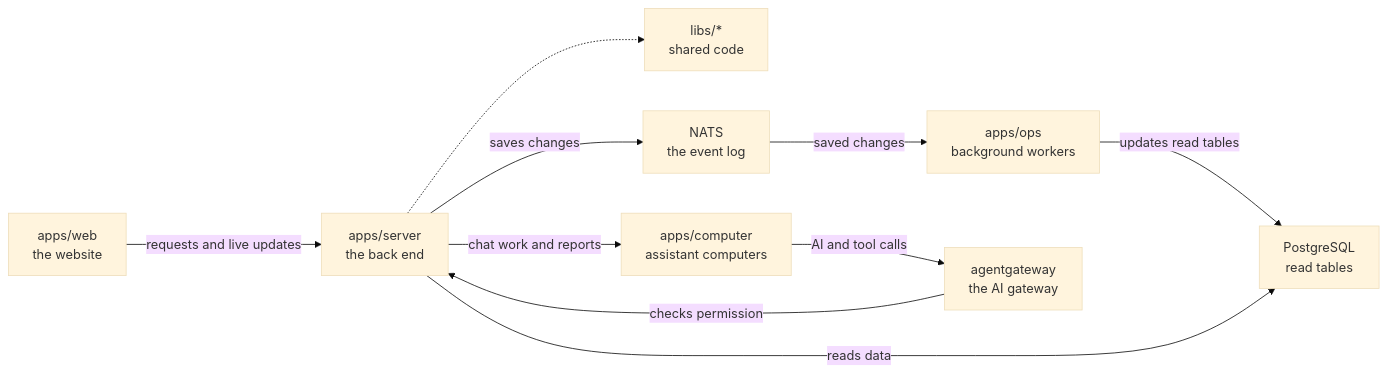
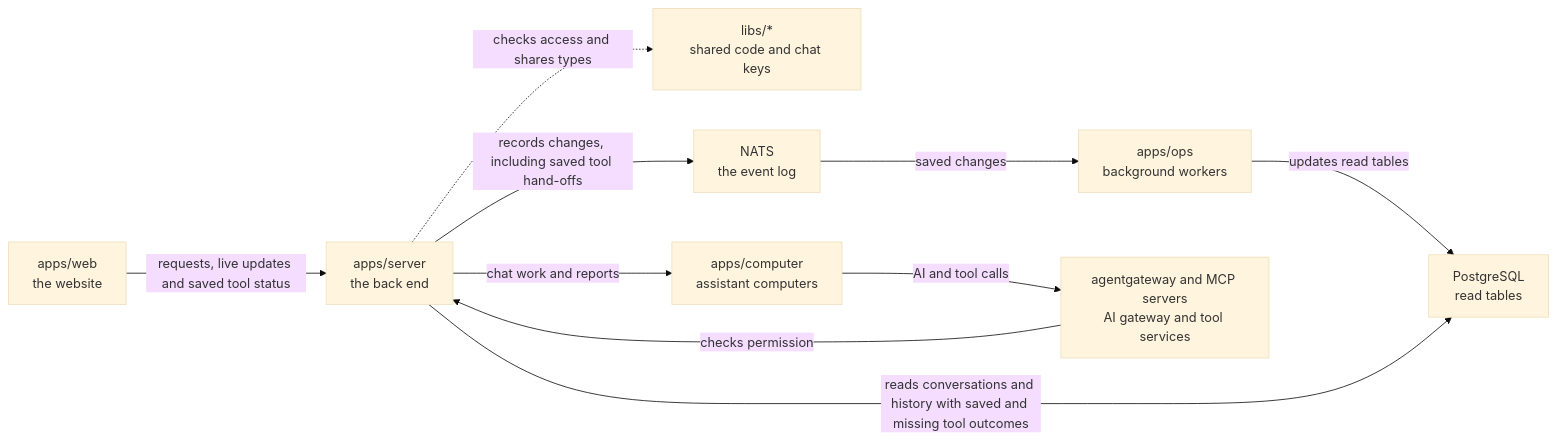
One commit to elewa-git/opencrane-new changed the diagram in apps/server/README.md. Above: the diagram before and after it, drawn with Mermaid (base theme). The commit also changed other lines of this file and 7 other files, not shown here.

First line of the commit message:
🧾 Change history shows saved tool dispatch evidence, and says plainly when it is missing (#561)

````diff
--- a/apps/server/README.md
+++ b/apps/server/README.md
@@ -22,12 +26,12 @@
 ```mermaid
 flowchart LR
-  web["apps/web<br/>the website"] -->|requests and live updates| server["apps/server<br/>the back end"]
-  server -.-> libs["libs/*<br/>shared code"]
-  server -->|saves changes| nats["NATS<br/>the event log"]
+  web["apps/web<br/>the website"] -->|requests, live updates and saved tool status| server["apps/server<br/>the back end"]
+  server -.->|checks access and shares types| libs["libs/*<br/>shared code and chat keys"]
+  server -->|records changes, including saved tool hand-offs| nats["NATS<br/>the event log"]
   nats -->|saved changes| ops["apps/ops<br/>background workers"]
   ops -->|updates read tables| postgres["PostgreSQL<br/>read tables"]
-  server -->|reads data| postgres
+  server -->|reads conversations and history with saved and missing tool outcomes| postgres
   server -->|chat work and reports| computer["apps/computer<br/>assistant computers"]
-  computer -->|AI and tool calls| gateway["agentgateway<br/>the AI gateway"]
-  gateway -->|checks permission| server
+  computer -->|AI and tool calls| runtime["agentgateway and MCP servers<br/>AI gateway and tool services"]
+  runtime -->|checks permission| server
 ```
````
